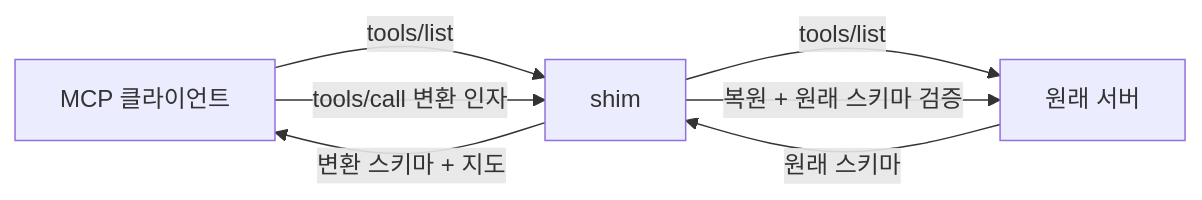
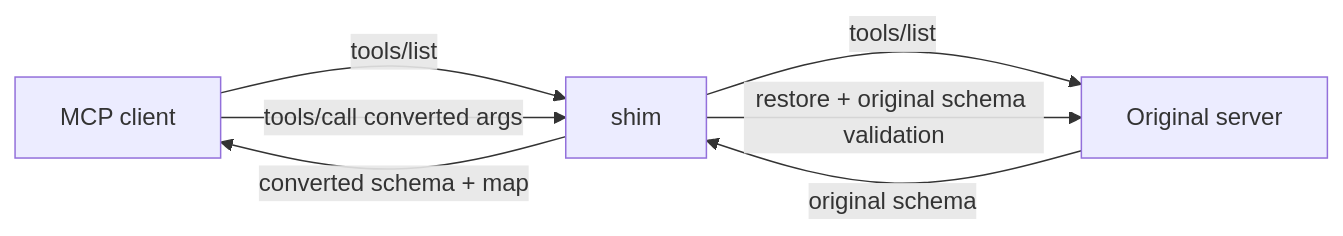
One commit to LeeGyeongPil/mcp-schema-shim changed the diagram in README.md. Above: the diagram before and after it, drawn with Mermaid. The commit also changed other lines of this file and 2 other files, not shown here.

````diff
--- a/README.md
+++ b/README.md
@@ -192,9 +192,9 @@
 ```mermaid
 flowchart LR
-    C[MCP 클라이언트] -->|tools/list| S[shim]
-    S -->|tools/list| V[원래 서버]
-    V -->|원래 스키마| S
-    S -->|변환 스키마 + 지도| C
-    C -->|tools/call 변환 인자| S
-    S -->|복원 + 원래 스키마 검증| V
+    C["MCP client"] -->|tools/list| S[shim]
+    S -->|tools/list| V["Original server"]
+    V -->|"original schema"| S
+    S -->|"converted schema + map"| C
+    C -->|"tools/call converted args"| S
+    S -->|"restore + original schema validation"| V
 ```
````
